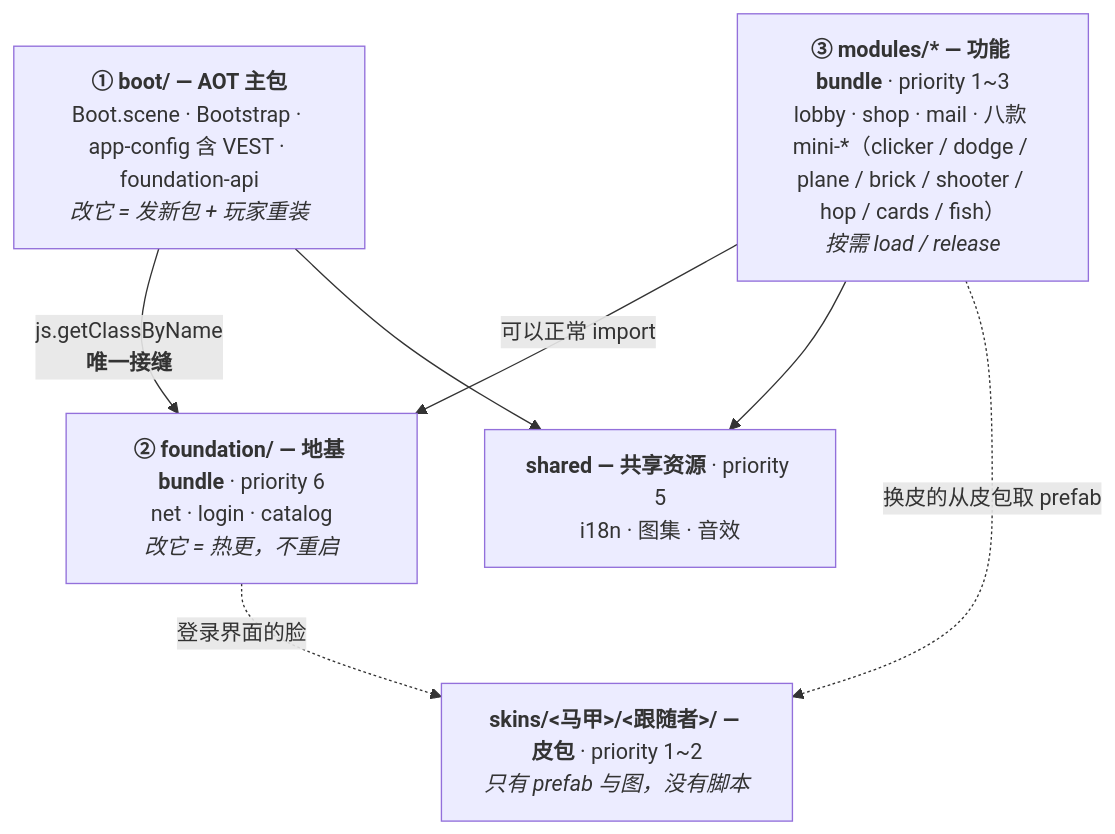
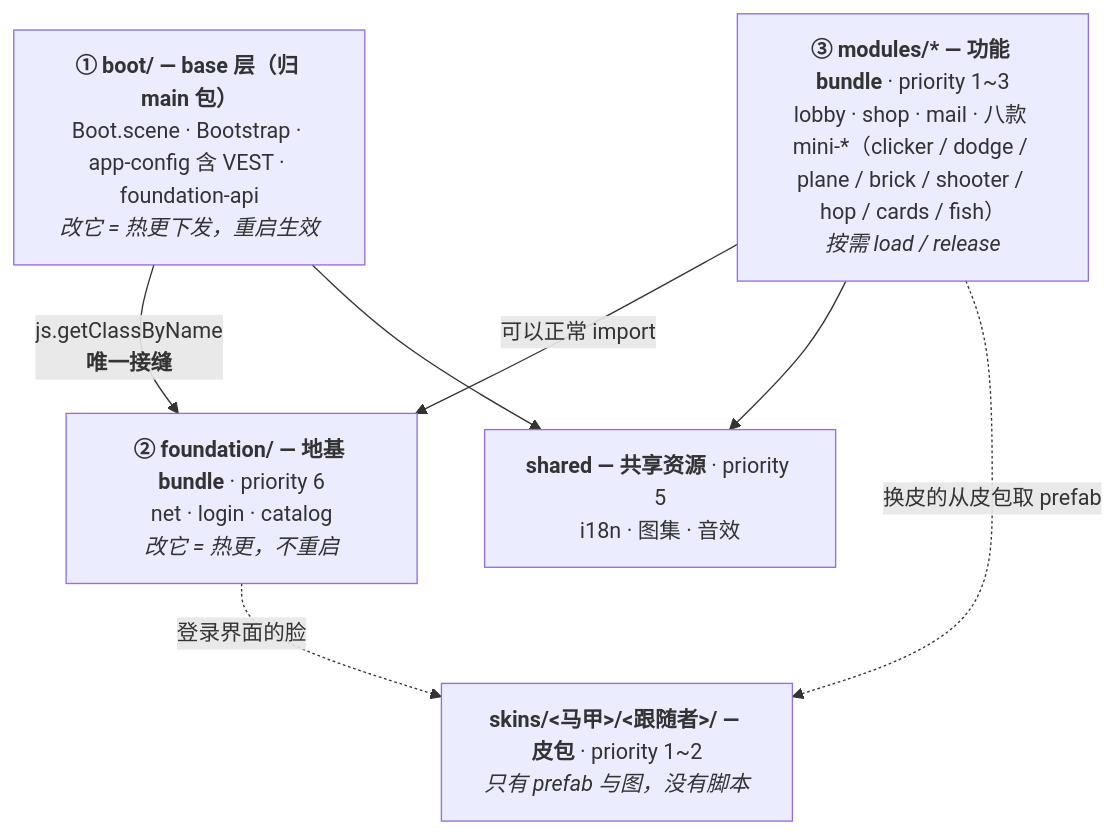
The first of 2 diagrams in apps/demo/docs/bundle-layout.md (bearluo/creator-core-kit), drawn with Mermaid before and after one commit. The commit also changed other lines of this file and 105 other files, not shown here.

First line of the commit message:
refactor(editor,kit): 鱼阵编辑器搬去 HTML；AOT 术语统一成 base

````diff
--- a/apps/demo/docs/bundle-layout.md
+++ b/apps/demo/docs/bundle-layout.md
@@ -18,15 +18,15 @@
 ```mermaid
 flowchart TB
-  boot["<b>① boot/ — AOT 主包</b><br/>Boot.scene · Bootstrap · app-config 含 VEST · foundation-api<br/><i>改它 = 发新包 + 玩家重装</i>"]
+  boot["<b>① boot/ — base 层（归 main 包）</b><br/>Boot.scene · Bootstrap · app-config 含 VEST · foundation-api<br/><i>改它 = 热更下发，重启生效</i>"]
   foundation["<b>② foundation/ — 地基 bundle</b> · priority 6<br/>net · login · catalog<br/><i>改它 = 热更，不重启</i>"]
   modules["<b>③ modules/* — 功能 bundle</b> · priority 1~3<br/>lobby · shop · mail · 八款 mini-*（clicker / dodge / plane / brick / shooter / hop / cards / fish）<br/><i>按需 load / release</i>"]
   shared["<b>shared — 共享资源</b> · priority 5<br/>i18n · 图集 · 音效"]
   skins["<b>skins/&lt;马甲&gt;/&lt;跟随者&gt;/ — 皮包</b> · priority 1~2<br/><i>只有 prefab 与图，没有脚本</i>"]
 
   boot -->|"js.getClassByName<br/><b>唯一接缝</b>"| foundation
   boot --> shared
   modules -->|"可以正常 import"| foundation
   modules --> shared
   modules -.->|"换皮的从皮包取 prefab"| skins
   foundation -.->|"登录界面的脸"| skins
 ```
````
